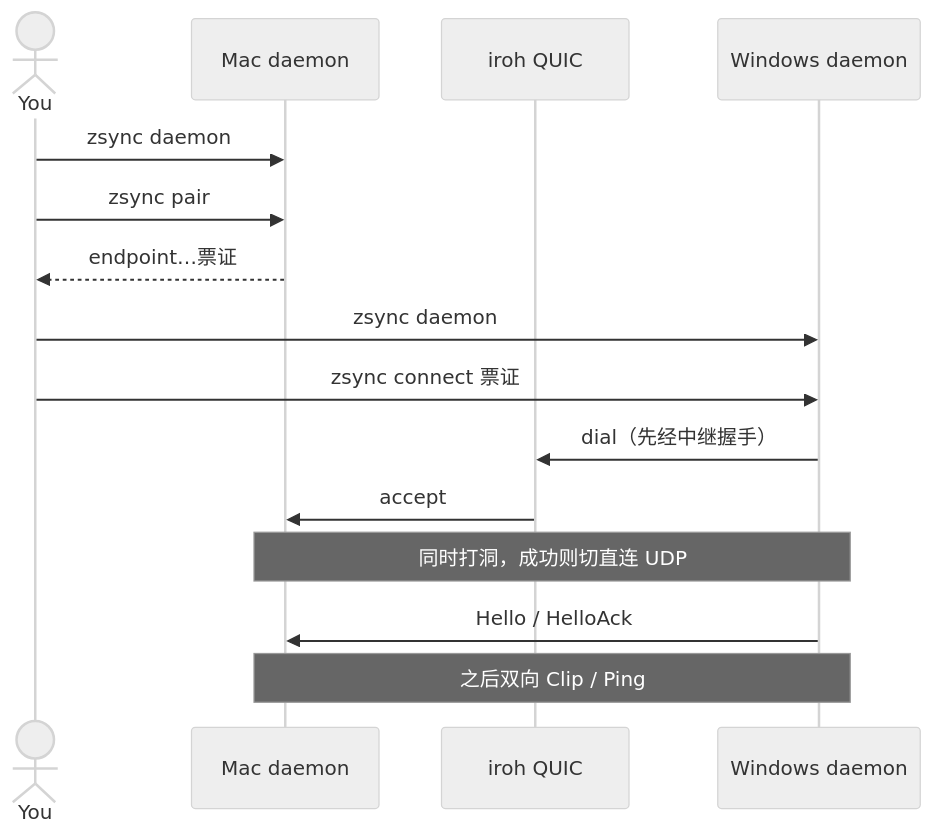
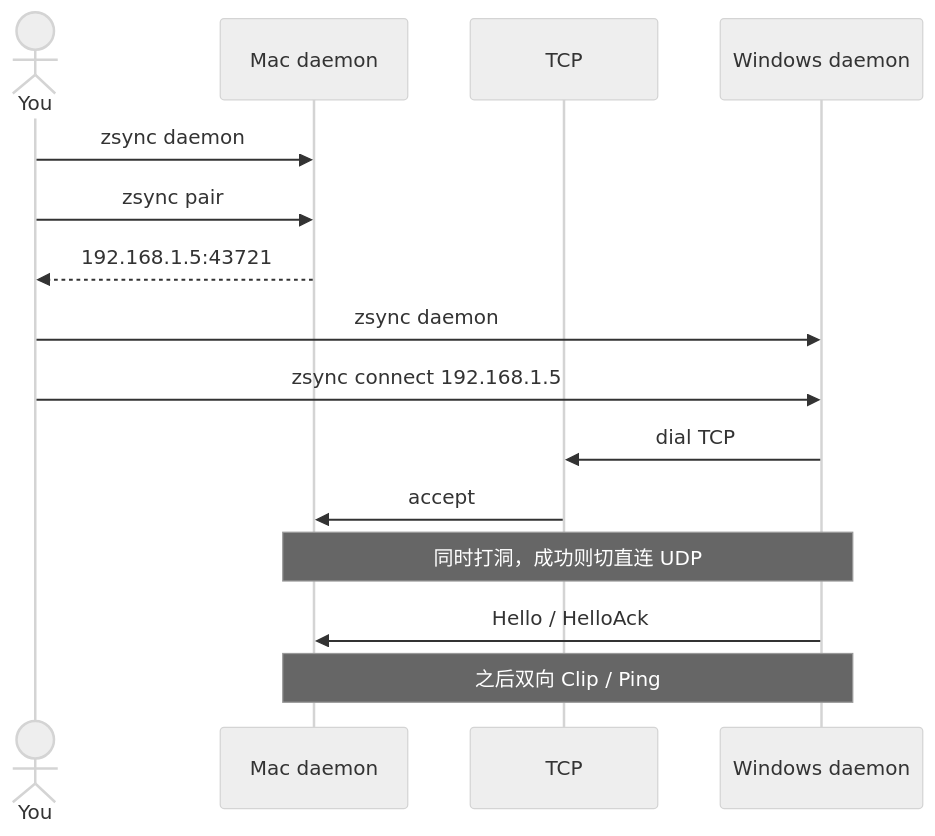
Before and after one commit to ikey4u/zsync: the second of 10 diagrams in docs/design/ARCH.md, drawn with Mermaid (neutral theme). The commit also changed other lines of this file and 21 other files, not shown here.

````diff
--- a/docs/design/ARCH.md
+++ b/docs/design/ARCH.md
@@ -67,18 +67,18 @@
 ```mermaid
 sequenceDiagram
   actor You
   participant Mac as Mac daemon
-  participant Net as iroh QUIC
+  participant Net as TCP
   participant Win as Windows daemon
 
   You->>Mac: zsync daemon
   You->>Mac: zsync pair
-  Mac-->>You: endpoint…票证
+  Mac-->>You: 192.168.1.5:43721
   You->>Win: zsync daemon
-  You->>Win: zsync connect 票证
-  Win->>Net: dial（先经中继握手）
+  You->>Win: zsync connect 192.168.1.5
+  Win->>Net: dial TCP
   Net->>Mac: accept
   Note over Win,Mac: 同时打洞，成功则切直连 UDP
   Win->>Mac: Hello / HelloAck
   Note over Win,Mac: 之后双向 Clip / Ping
 ```
````
